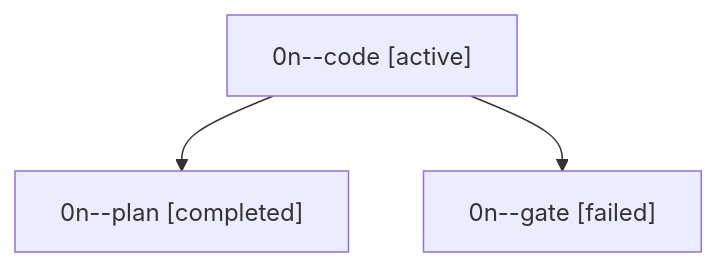
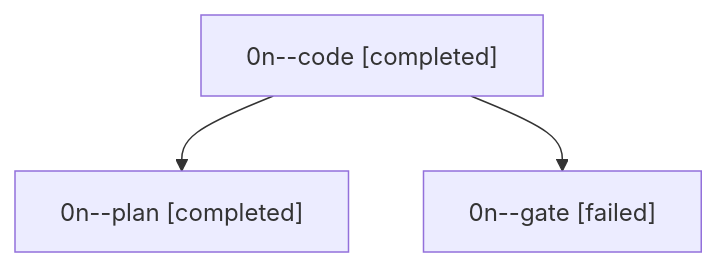
The diagram in sessions/bbugyi200.apollo.0n.md (sase-org/sase--agents), drawn with Mermaid before and after one commit. The commit also changed other lines of this file and 53 other files, not shown here.

````diff
--- a/sessions/bbugyi200.apollo.0n.md
+++ b/sessions/bbugyi200.apollo.0n.md
@@ -9,8 +9,8 @@
 ```mermaid
 flowchart TD
-  n0["0n--code [active]"]
+  n0["0n--code [completed]"]
   n1["0n--plan [completed]"]
   n0 --> n1
   n2["0n--gate [failed]"]
   n0 --> n2
 ```
````
